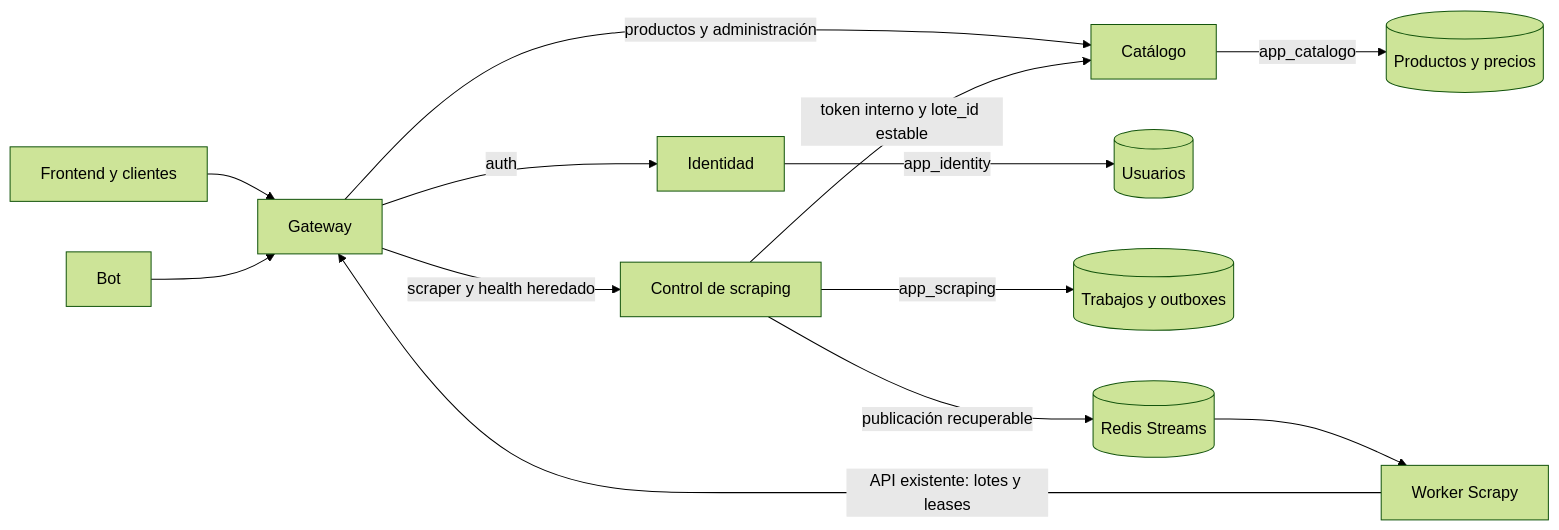
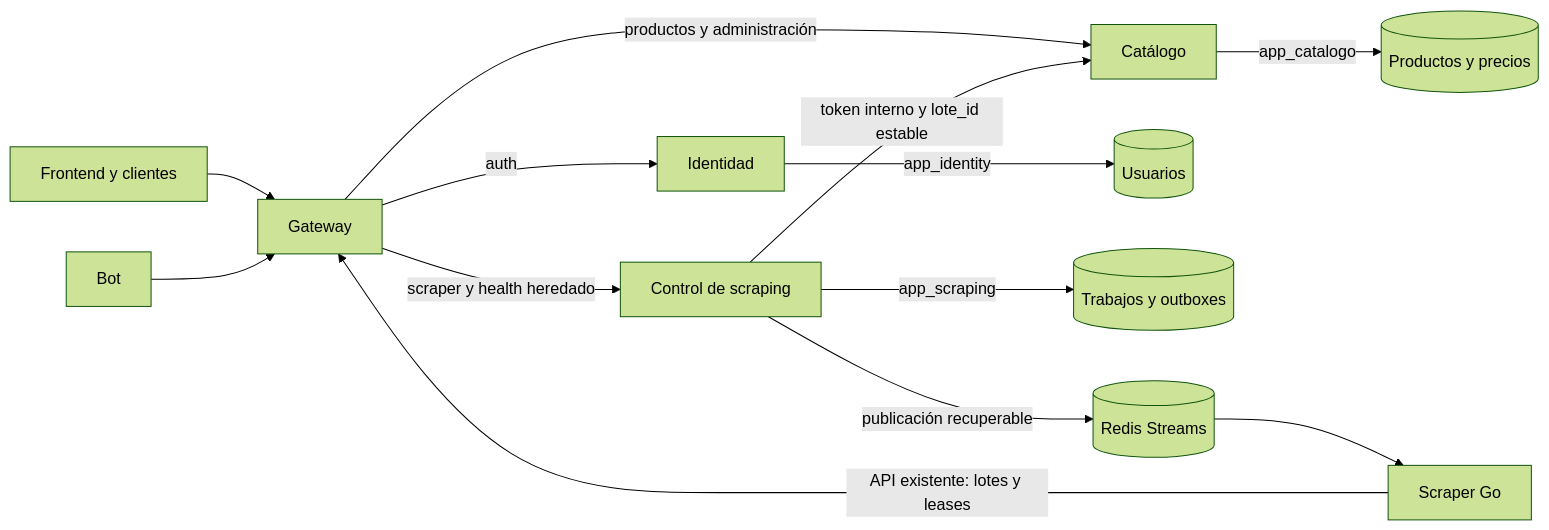
The diagram in docs/Guias/GUIA_CONTROL_SCRAPING_DESACOPLADO.md (RutaAhorro/Taller_integracion_III), drawn with Mermaid (forest theme) before and after one commit. The commit also changed other lines of this file and 5 other files, not shown here.

````diff
--- a/docs/Guias/GUIA_CONTROL_SCRAPING_DESACOPLADO.md
+++ b/docs/Guias/GUIA_CONTROL_SCRAPING_DESACOPLADO.md
@@ -12,15 +7,15 @@
 ```mermaid
 flowchart LR
   Web[Frontend y clientes] --> Gateway
   Bot --> Gateway
-  Worker[Worker Scrapy] -->|API existente: lotes y leases| Gateway
+  Worker[Scraper Go] -->|API existente: lotes y leases| Gateway
   Gateway -->|auth| Identidad
   Gateway -->|productos y administración| Catalogo[Catálogo]
   Gateway -->|scraper y health heredado| Control[Control de scraping]
   Identidad -->|app_identity| Usuarios[(Usuarios)]
   Control -->|app_scraping| Outboxes[(Trabajos y outboxes)]
   Control -->|token interno y lote_id estable| Catalogo
   Catalogo -->|app_catalogo| Precios[(Productos y precios)]
   Control -->|publicación recuperable| Redis[(Redis Streams)]
   Redis --> Worker
 ```
````
